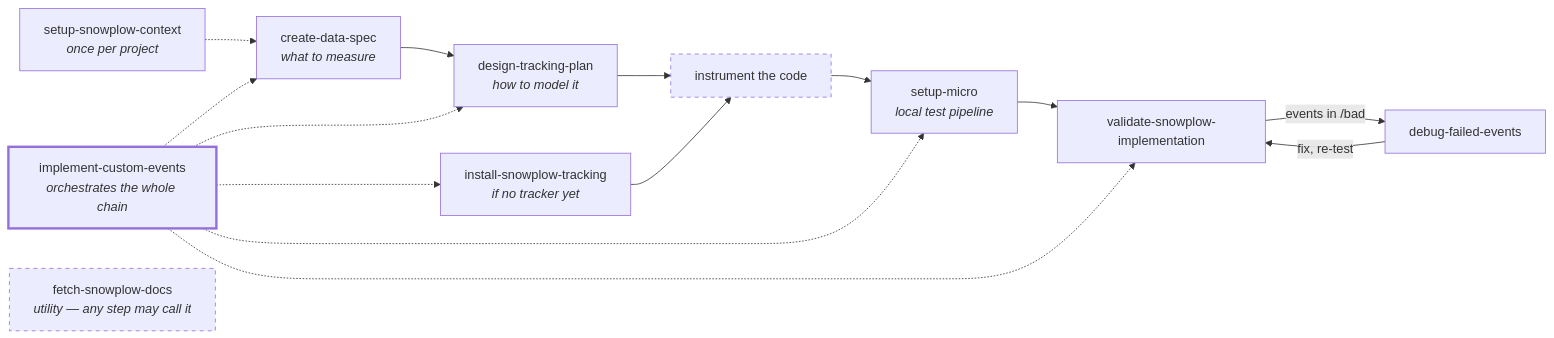
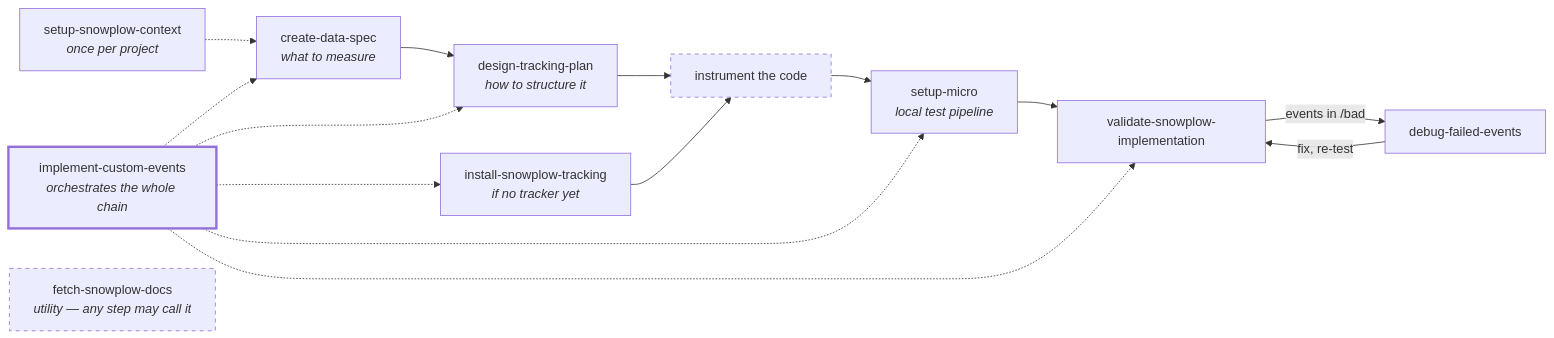
One commit to edwin-snowplow/snowplow-agent-skills changed the diagram in README.md. Above: the diagram before and after it, drawn with Mermaid. The commit also changed other lines of this file, not shown here.

Commit message:
fix(readme): 'model' -> 'structure' in fit-together taglines
'model' is reserved vocabulary for the upcoming dbt/data-modelling
skills; design-tracking-plan covers schemas, tracking plans, and event
specs, so 'structure' describes it without the collision.

````diff
--- a/README.md
+++ b/README.md
@@ -87,17 +87,17 @@
 ```mermaid
 flowchart LR
     ctx["setup-snowplow-context<br/><i>once per project</i>"] -.-> spec
-    spec["create-data-spec<br/><i>what to measure</i>"] --> design["design-tracking-plan<br/><i>how to model it</i>"]
+    spec["create-data-spec<br/><i>what to measure</i>"] --> design["design-tracking-plan<br/><i>how to structure it</i>"]
     design --> inst["instrument the code"]
     install["install-snowplow-tracking<br/><i>if no tracker yet</i>"] --> inst
     inst --> micro["setup-micro<br/><i>local test pipeline</i>"] --> validate["validate-snowplow-implementation"]
     validate -->|events in /bad| debug["debug-failed-events"]
     debug -->|fix, re-test| validate
     e2e["implement-custom-events<br/><i>orchestrates the whole chain</i>"] -.-> spec & design & install & micro & validate
     docs["fetch-snowplow-docs<br/><i>utility — any step may call it</i>"]
 
     classDef orchestrator stroke-width:3px
     classDef notskill stroke-dasharray: 5 5
     class e2e orchestrator
     class inst,docs notskill
 ```
````
